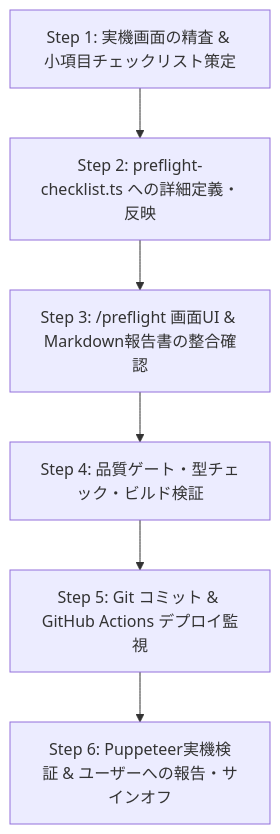
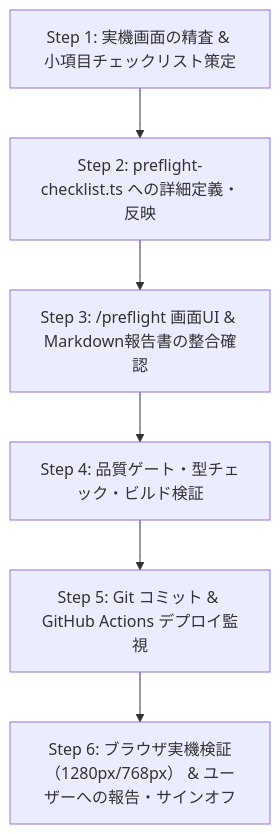
The diagram in .agents/skills/preflight-uat-workflow/SKILL.md (kanta13jp1/ai-park), drawn with Mermaid before and after one commit. The commit also changed other lines of this file and 2 other files, not shown here.

````diff
--- a/.agents/skills/preflight-uat-workflow/SKILL.md
+++ b/.agents/skills/preflight-uat-workflow/SKILL.md
@@ -81,8 +83,8 @@
 ```mermaid
 flowchart TD
     S1["Step 1: 実機画面の精査 & 小項目チェックリスト策定"] --> S2["Step 2: preflight-checklist.ts への詳細定義・反映"]
     S2 --> S3["Step 3: /preflight 画面UI & Markdown報告書の整合確認"]
     S3 --> S4["Step 4: 品質ゲート・型チェック・ビルド検証"]
     S4 --> S5["Step 5: Git コミット & GitHub Actions デプロイ監視"]
-    S5 --> S6["Step 6: Puppeteer実機検証 & ユーザーへの報告・サインオフ"]
+    S5 --> S6["Step 6: ブラウザ実機検証（1280px/768px） & ユーザーへの報告・サインオフ"]
 ```
````
